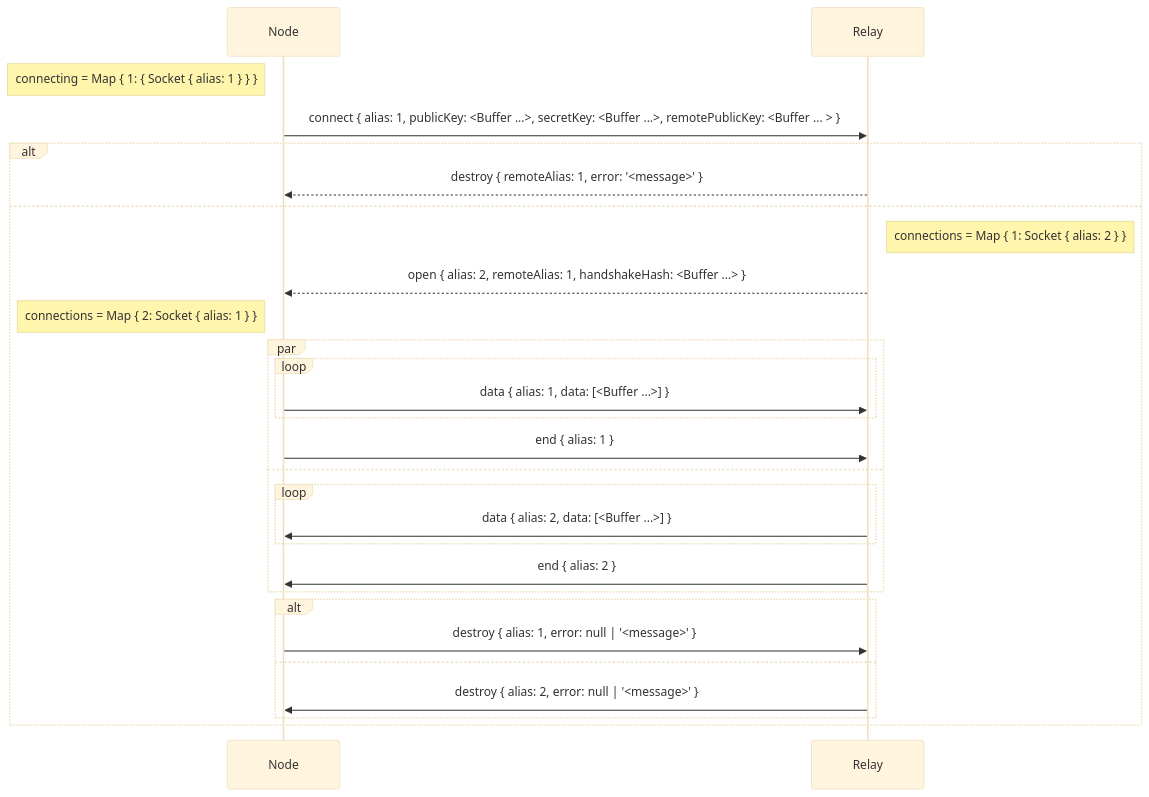
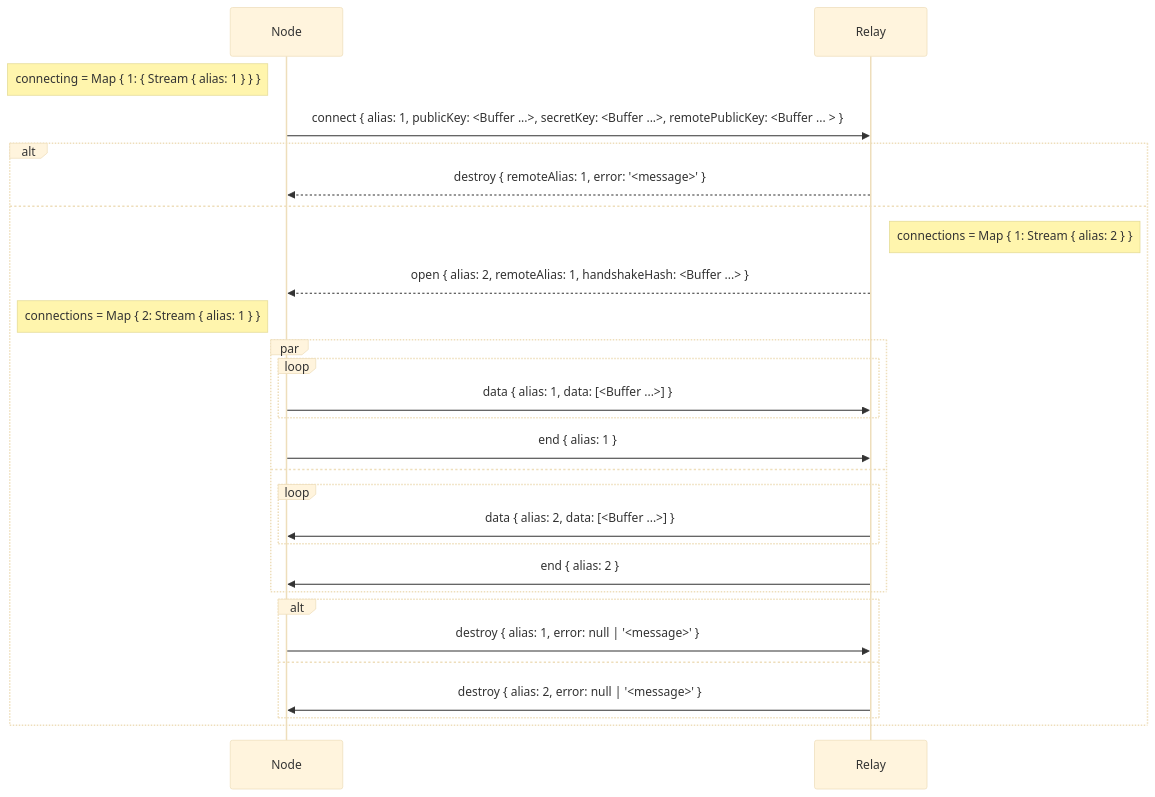
One commit to holepunchto/hyperswarm-dht-relay changed the diagram in media/diagrams/connect.mmd. Above: the diagram before and after it, drawn with Mermaid (base theme). The commit also changed 39 other files, not shown here.

```diff
--- a/media/diagrams/connect.mmd
+++ b/media/diagrams/connect.mmd
@@ -1,37 +1,37 @@
 sequenceDiagram
   participant N as Node
   participant R as Relay
 
-  note left of N: connecting = Map { 1: { Socket { alias: 1 } } }
+  note left of N: connecting = Map { 1: { Stream { alias: 1 } } }
 
   N->>R: connect { alias: 1, publicKey: <Buffer ...>, secretKey: <Buffer ...>, remotePublicKey: <Buffer ... > }
 
   alt
     R-->>N: destroy { remoteAlias: 1, error: '<message>' }
   else
-    note right of R: connections = Map { 1: Socket { alias: 2 } }
+    note right of R: connections = Map { 1: Stream { alias: 2 } }
 
     R-->>N: open { alias: 2, remoteAlias: 1, handshakeHash: <Buffer ...> }
 
-    note left of N: connections = Map { 2: Socket { alias: 1 } }
+    note left of N: connections = Map { 2: Stream { alias: 1 } }
 
     par
       loop
         N->>R: data { alias: 1, data: [<Buffer ...>] }
       end
 
       N->>R: end { alias: 1 }
     and
       loop
         R->>N: data { alias: 2, data: [<Buffer ...>] }
       end
 
       R->>N: end { alias: 2 }
     end
 
     alt
       N->>R: destroy { alias: 1, error: null | '<message>' }
     else
       R->>N: destroy { alias: 2, error: null | '<message>' }
     end
   end
```
